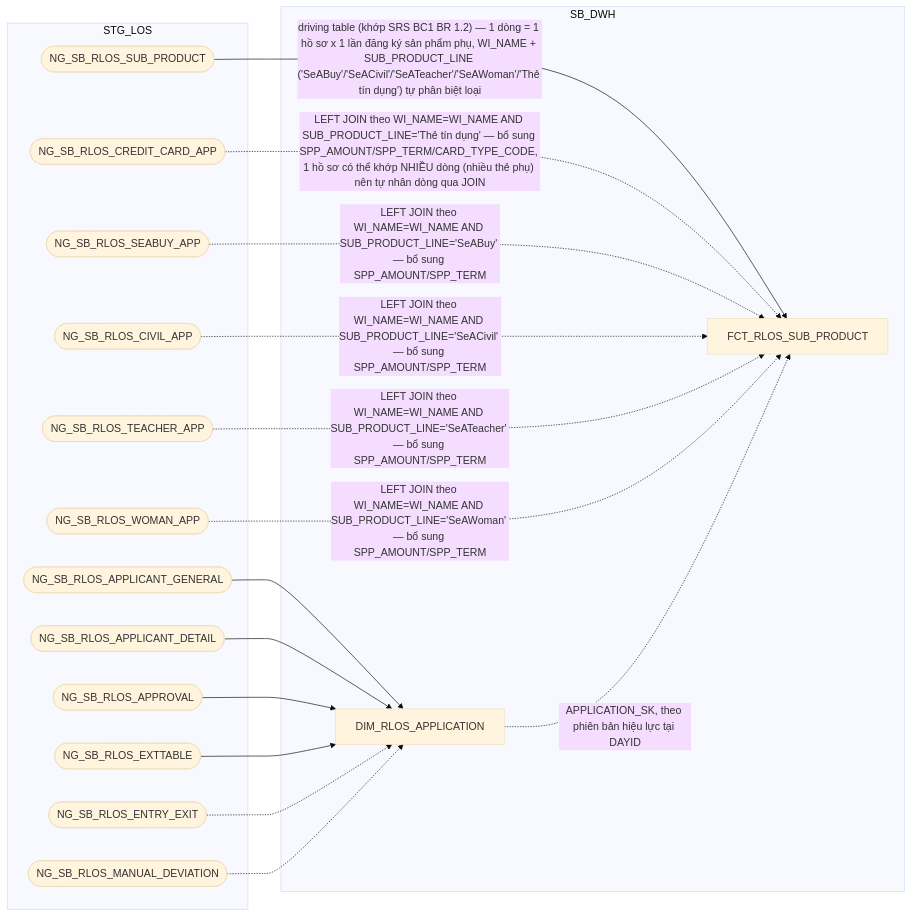
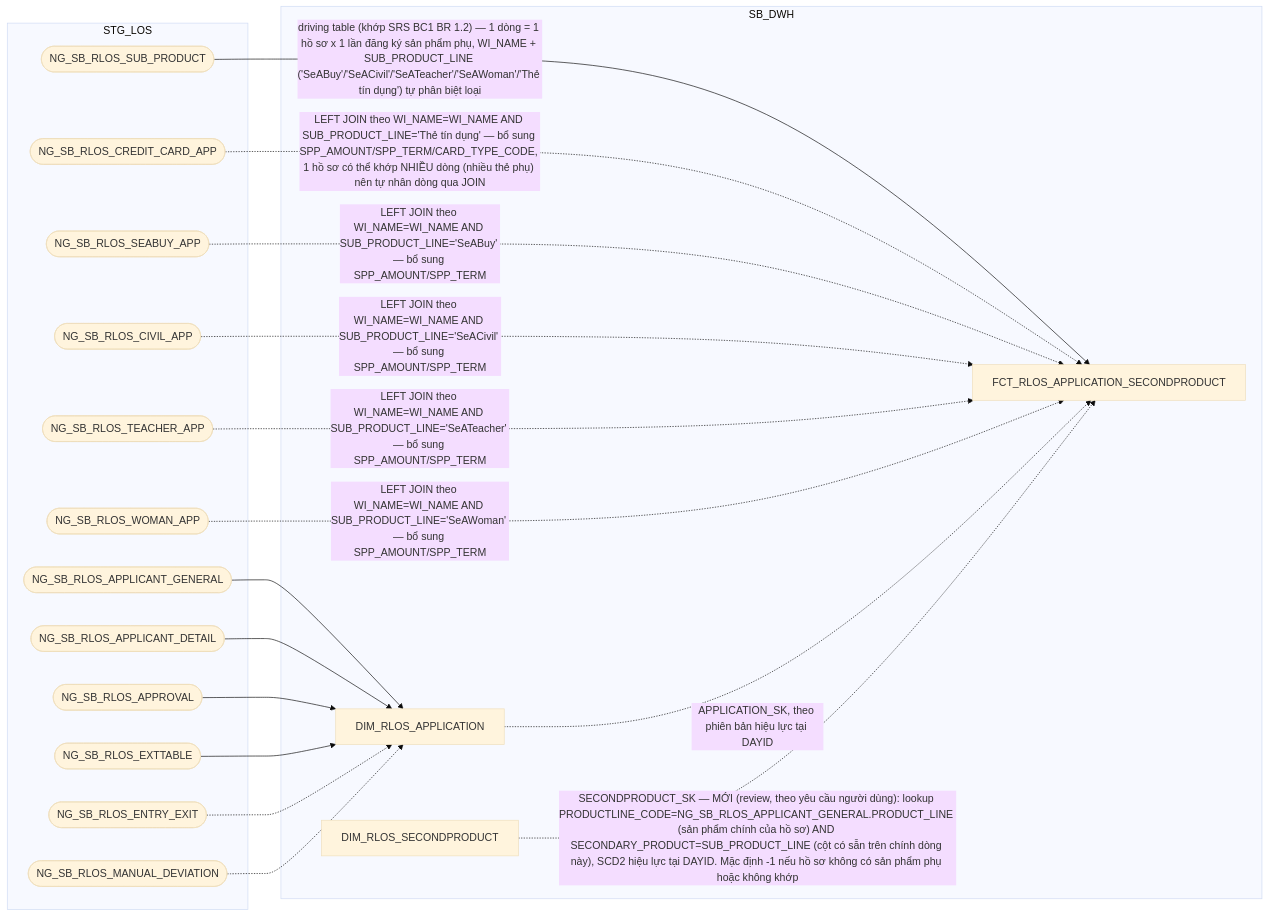
The ninth of 14 diagrams in hld/hld_review/HLD_FCT_SB_DWH_review.md (chien1198/sb-mapping-gen), drawn with Mermaid (base theme) before and after one commit. The commit also changed other lines of this file and 124 other files, not shown here.

````diff
--- a/hld/hld_review/HLD_FCT_SB_DWH_review.md
+++ b/hld/hld_review/HLD_FCT_SB_DWH_review.md
@@ -761,34 +664,36 @@
 ```mermaid
 flowchart LR
     subgraph STG_LOS
         A1(["NG_SB_RLOS_SUB_PRODUCT"])
         A2(["NG_SB_RLOS_CREDIT_CARD_APP"])
         A3(["NG_SB_RLOS_SEABUY_APP"])
         A4(["NG_SB_RLOS_CIVIL_APP"])
         A5(["NG_SB_RLOS_TEACHER_APP"])
         A6(["NG_SB_RLOS_WOMAN_APP"])
         P1(["NG_SB_RLOS_APPLICANT_GENERAL"])
         P2(["NG_SB_RLOS_APPLICANT_DETAIL"])
         P3(["NG_SB_RLOS_APPROVAL"])
         P4(["NG_SB_RLOS_EXTTABLE"])
         P6(["NG_SB_RLOS_ENTRY_EXIT"])
         P7(["NG_SB_RLOS_MANUAL_DEVIATION"])
     end
     subgraph SB_DWH
         D["DIM_RLOS_APPLICATION"]
-        C["FCT_RLOS_SUB_PRODUCT"]
+        SP["DIM_RLOS_SECONDPRODUCT"]
+        C["FCT_RLOS_APPLICATION_SECONDPRODUCT"]
     end
     A1 -->|"driving table (khớp SRS BC1 BR 1.2) — 1 dòng = 1 hồ sơ x 1 lần đăng ký sản phẩm phụ, WI_NAME + SUB_PRODUCT_LINE ('SeABuy'/'SeACivil'/'SeATeacher'/'SeAWoman'/'Thẻ tín dụng') tự phân biệt loại"| C
     A2 -.->|"LEFT JOIN theo WI_NAME=WI_NAME AND SUB_PRODUCT_LINE='Thẻ tín dụng' — bổ sung SPP_AMOUNT/SPP_TERM/CARD_TYPE_CODE, 1 hồ sơ có thể khớp NHIỀU dòng (nhiều thẻ phụ) nên tự nhân dòng qua JOIN"| C
     A3 -.->|"LEFT JOIN theo WI_NAME=WI_NAME AND SUB_PRODUCT_LINE='SeABuy' — bổ sung SPP_AMOUNT/SPP_TERM"| C
     A4 -.->|"LEFT JOIN theo WI_NAME=WI_NAME AND SUB_PRODUCT_LINE='SeACivil' — bổ sung SPP_AMOUNT/SPP_TERM"| C
     A5 -.->|"LEFT JOIN theo WI_NAME=WI_NAME AND SUB_PRODUCT_LINE='SeATeacher' — bổ sung SPP_AMOUNT/SPP_TERM"| C
     A6 -.->|"LEFT JOIN theo WI_NAME=WI_NAME AND SUB_PRODUCT_LINE='SeAWoman' — bổ sung SPP_AMOUNT/SPP_TERM"| C
     D -.->|APPLICATION_SK, theo phiên bản hiệu lực tại DAYID| C
+    SP -.->|"SECONDPRODUCT_SK — MỚI (review, theo yêu cầu người dùng): lookup PRODUCTLINE_CODE=NG_SB_RLOS_APPLICANT_GENERAL.PRODUCT_LINE (sản phẩm chính của hồ sơ) AND SECONDARY_PRODUCT=SUB_PRODUCT_LINE (cột có sẵn trên chính dòng này), SCD2 hiệu lực tại DAYID. Mặc định -1 nếu hồ sơ không có sản phẩm phụ hoặc không khớp"| C
     P1 --> D
     P2 --> D
     P3 --> D
     P4 --> D
     P6 -.-> D
     P7 -.-> D
 ```
````
